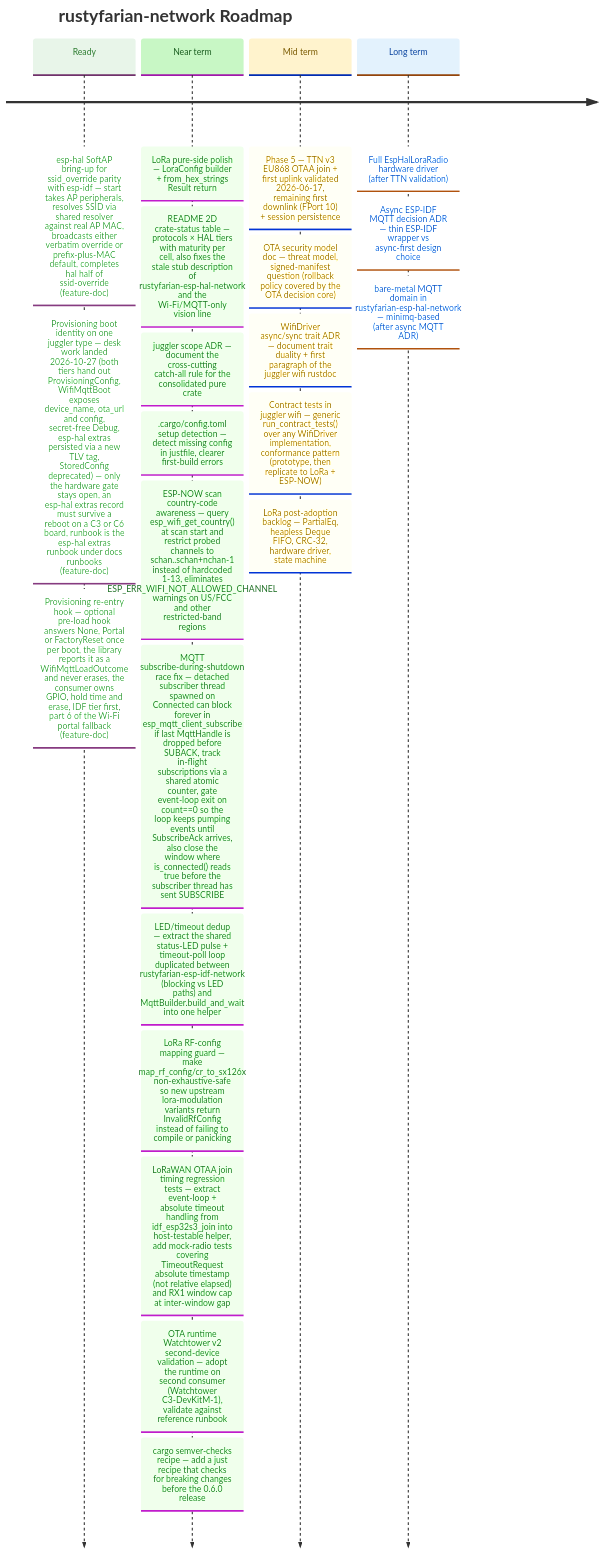
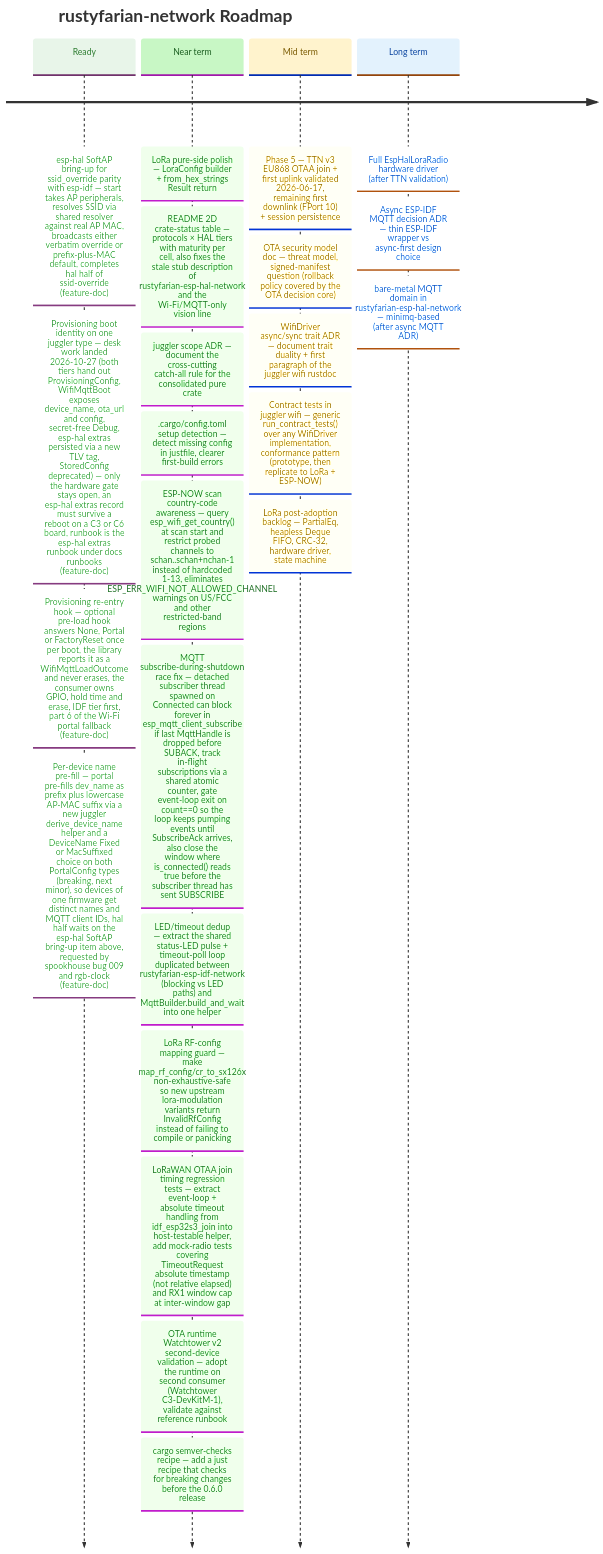
One commit to datenkollektiv/rustyfarian-network changed the diagram in docs/ROADMAP.md. Above: the diagram before and after it, drawn with Mermaid. The commit also changed 1 other file, not shown here.

Commit message:
Add per-device name pre-fill feature for provisioning

````diff
--- a/docs/ROADMAP.md
+++ b/docs/ROADMAP.md
@@ -18,44 +18,45 @@
 ```mermaid
 %%{init: {
   "theme": "base",
   "themeVariables": {
     "cScale0": "#e8f5e9",
     "cScaleLabel0": "#2e7d32",
     "cScale1": "#c8f7c5",
     "cScaleLabel1": "#1b5e20",
     "cScale2": "#fff3cd",
     "cScaleLabel2": "#7a5a00",
     "cScale3": "#e3f2fd",
     "cScaleLabel3": "#0d47a1"
   }
 }}%%
 
 timeline
     title rustyfarian-network Roadmap
 
     Ready     : esp-hal SoftAP bring-up for ssid_override parity with esp-idf — start takes AP peripherals, resolves SSID via shared resolver against real AP MAC, broadcasts either verbatim override or prefix-plus-MAC default, completes hal half of ssid-override (feature-doc)
               : Provisioning boot identity on one juggler type — desk work landed 2026-10-27 (both tiers hand out ProvisioningConfig, WifiMqttBoot exposes device_name, ota_url and config, secret-free Debug, esp-hal extras persisted via a new TLV tag, StoredConfig deprecated) — only the hardware gate stays open, an esp-hal extras record must survive a reboot on a C3 or C6 board, runbook is the esp-hal extras runbook under docs runbooks (feature-doc)
               : Provisioning re-entry hook — optional pre-load hook answers None, Portal or FactoryReset once per boot, the library reports it as a WifiMqttLoadOutcome and never erases, the consumer owns GPIO, hold time and erase, IDF tier first, part 6 of the Wi-Fi portal fallback (feature-doc)
+              : Per-device name pre-fill — portal pre-fills dev_name as prefix plus lowercase AP-MAC suffix via a new juggler derive_device_name helper and a DeviceName Fixed or MacSuffixed choice on both PortalConfig types (breaking, next minor), so devices of one firmware get distinct names and MQTT client IDs, hal half waits on the esp-hal SoftAP bring-up item above, requested by spookhouse bug 009 and rgb-clock (feature-doc)
 
     Near term : LoRa pure-side polish — LoraConfig builder + from_hex_strings Result return
               : README 2D crate-status table — protocols × HAL tiers with maturity per cell, also fixes the stale stub description of rustyfarian-esp-hal-network and the Wi-Fi/MQTT-only vision line
               : juggler scope ADR — document the cross-cutting catch-all rule for the consolidated pure crate
               : .cargo/config.toml setup detection — detect missing config in justfile, clearer first-build errors
               : ESP-NOW scan country-code awareness — query esp_wifi_get_country() at scan start and restrict probed channels to schan..schan+nchan-1 instead of hardcoded 1-13, eliminates ESP_ERR_WIFI_NOT_ALLOWED_CHANNEL warnings on US/FCC and other restricted-band regions
               : MQTT subscribe-during-shutdown race fix — detached subscriber thread spawned on Connected can block forever in esp_mqtt_client_subscribe if last MqttHandle is dropped before SUBACK, track in-flight subscriptions via a shared atomic counter, gate event-loop exit on count==0 so the loop keeps pumping events until SubscribeAck arrives, also close the window where is_connected() reads true before the subscriber thread has sent SUBSCRIBE
               : LED/timeout dedup — extract the shared status-LED pulse + timeout-poll loop duplicated between rustyfarian-esp-idf-network (blocking vs LED paths) and MqttBuilder.build_and_wait into one helper
               : LoRa RF-config mapping guard — make map_rf_config/cr_to_sx126x non-exhaustive-safe so new upstream lora-modulation variants return InvalidRfConfig instead of failing to compile or panicking
               : LoRaWAN OTAA join timing regression tests — extract event-loop + absolute timeout handling from idf_esp32s3_join into host-testable helper, add mock-radio tests covering TimeoutRequest absolute timestamp (not relative elapsed) and RX1 window cap at inter-window gap
               : OTA runtime Watchtower v2 second-device validation — adopt the runtime on second consumer (Watchtower C3-DevKitM-1), validate against reference runbook
               : cargo semver-checks recipe — add a just recipe that checks for breaking changes before the 0.6.0 release
 
     Mid term  : Phase 5 — TTN v3 EU868 OTAA join + first uplink validated 2026-06-17, remaining first downlink (FPort 10) + session persistence
               : OTA security model doc — threat model, signed-manifest question (rollback policy covered by the OTA decision core)
               : WifiDriver async/sync trait ADR — document trait duality + first paragraph of the juggler wifi rustdoc
               : Contract tests in juggler wifi — generic run_contract_tests() over any WifiDriver implementation, conformance pattern (prototype, then replicate to LoRa + ESP-NOW)
               : LoRa post-adoption backlog — PartialEq, heapless Deque FIFO, CRC-32, hardware driver, state machine
 
     Long term : Full EspHalLoraRadio hardware driver (after TTN validation)
               : Async ESP-IDF MQTT decision ADR — thin ESP-IDF wrapper vs async-first design choice
               : bare-metal MQTT domain in rustyfarian-esp-hal-network — minimq-based (after async MQTT ADR)
 ```
````
